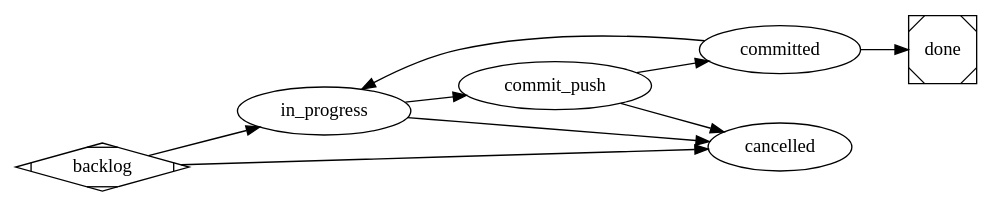
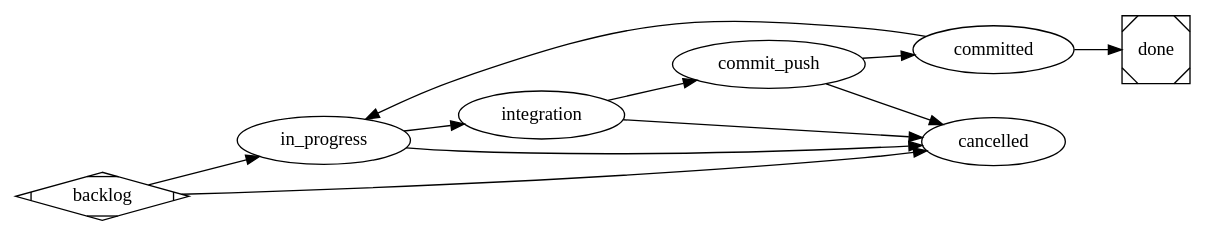
One commit to bobmcallan/satelle changed the diagram in .satelle/workflows/satelle-project-workflow.md. Above: the diagram before and after it, drawn with Graphviz. The commit also changed other lines of this file and 2 other files, not shown here.

First line of the commit message:
feat(workflow): add an integration-test reviewer and an explicit integration state (sty_2b82f1cd)

````diff
--- a/.satelle/workflows/satelle-project-workflow.md
+++ b/.satelle/workflows/satelle-project-workflow.md
@@ -43,23 +46,26 @@
 ```dot
 digraph satelle_workflow {
   graph [goal="Drive a story to done — every gate accepted, the commit-push release verified by CI", vars="story, repo_root"]
   rankdir=LR
 
   backlog     [shape=Mdiamond]
   in_progress [actor=executor]
+  integration [actor=executor]
   commit_push [actor=executor, prompt="@skill:commit-push"]
   committed   [actor=reviewer, prompt="@skill:satelle-commit-push-review"]
   done        [shape=Msquare, actor=reviewer, prompt="@skill:satelle-story-done-review"]
   cancelled   [actor=reviewer, prompt="@skill:satelle-story-cancel-review"]
 
   backlog -> in_progress
-  in_progress -> commit_push [reviewer_skill="satelle-code-ac-review"]
+  in_progress -> integration [reviewer_skill="satelle-code-ac-review"]
+  integration -> commit_push [reviewer_skill="satelle-integration-review"]
   commit_push -> committed -> done
 
   committed   -> in_progress  // recovery: a done-review reject returns to work
 
   backlog     -> cancelled
   in_progress -> cancelled
+  integration -> cancelled
   commit_push -> cancelled
 }
 ```
````
